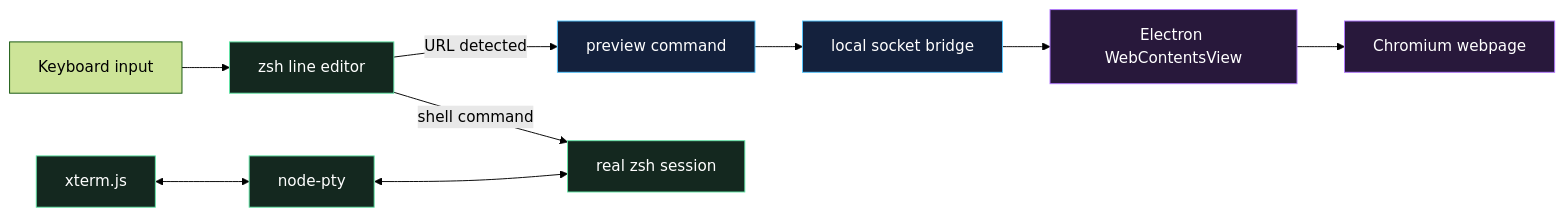
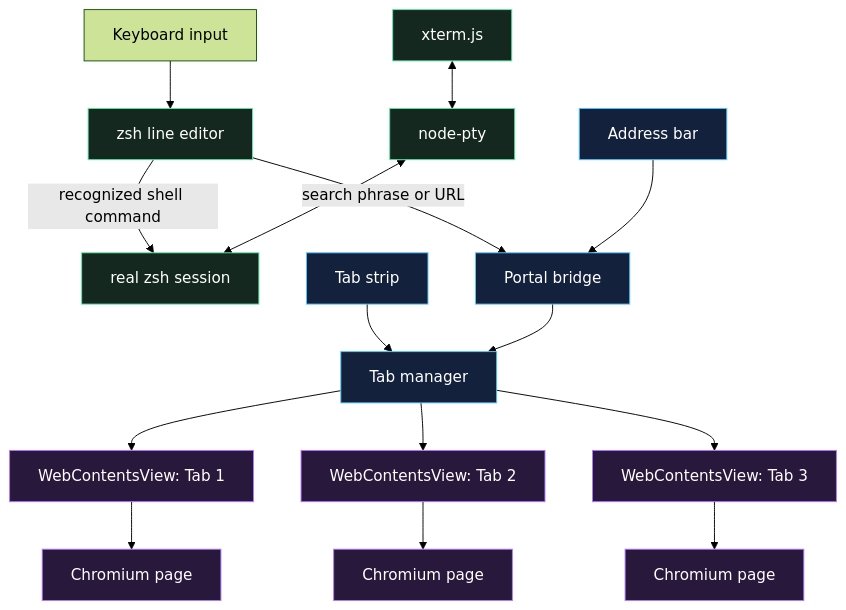
Before and after one commit to ashermenachem/asher-portal: the diagram in README.md, drawn with Mermaid (forest theme). The commit also changed other lines of this file and 10 other files, not shown here.

````diff
--- a/README.md
+++ b/README.md
@@ -200,21 +278,29 @@
 ```mermaid
-flowchart LR
+flowchart TB
   K["Keyboard input"] --> Z["zsh line editor"]
-  Z -->|URL detected| P["preview command"]
-  Z -->|shell command| S["real zsh session"]
+  Z -->|recognized shell command| S["real zsh session"]
+  Z -->|search phrase or URL| B["Portal bridge"]
 
-  P --> B["local socket bridge"]
-  B --> W["Electron WebContentsView"]
-  W --> C["Chromium webpage"]
+  A["Address bar"] --> B
+  T["Tab strip"] --> M["Tab manager"]
+  B --> M
 
-  T["xterm.js"] <--> N["node-pty"]
+  M --> W1["WebContentsView: Tab 1"]
+  M --> W2["WebContentsView: Tab 2"]
+  M --> W3["WebContentsView: Tab 3"]
+
+  W1 --> C1["Chromium page"]
+  W2 --> C2["Chromium page"]
+  W3 --> C3["Chromium page"]
+
+  X["xterm.js"] <--> N["node-pty"]
   N <--> S
 
   classDef portal fill:#14213d,stroke:#55c7ff,color:#ffffff;
   classDef shell fill:#14281f,stroke:#62e6a7,color:#ffffff;
   classDef web fill:#28183b,stroke:#b279ff,color:#ffffff;
 
-  class P,B portal;
-  class Z,S,T,N shell;
-  class W,C web;
+  class A,B,T,M portal;
+  class Z,S,X,N shell;
+  class W1,W2,W3,C1,C2,C3 web;
 ```
````
